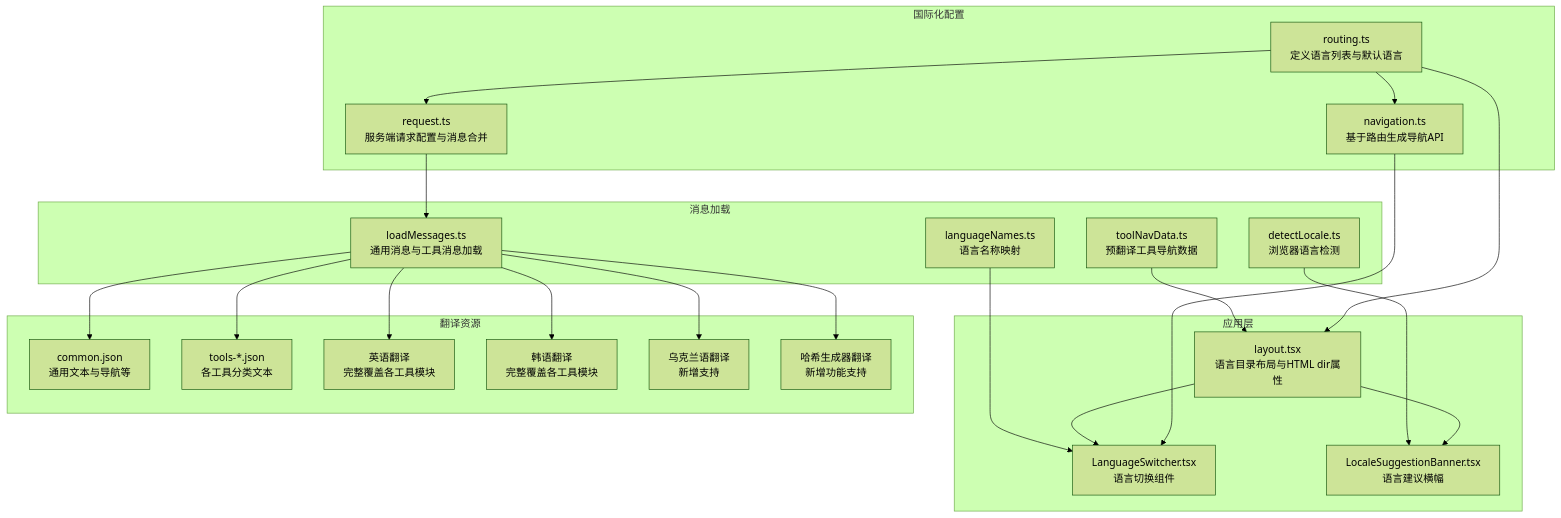
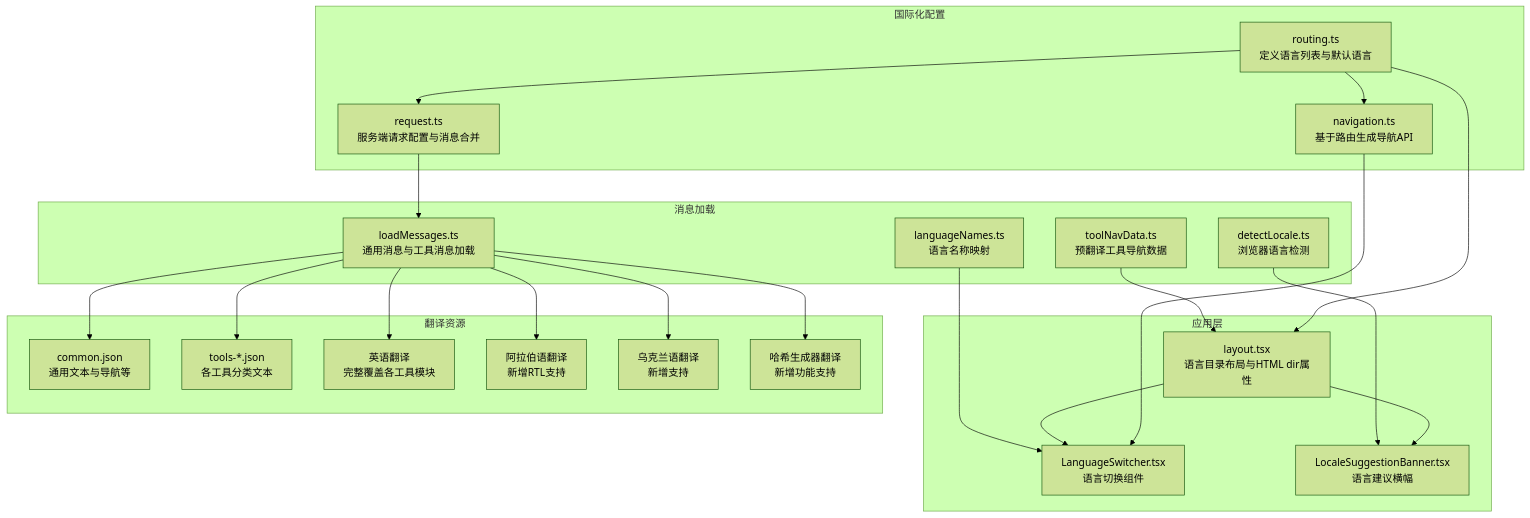
One commit to sgyy/privadeck changed the first of 9 diagrams in .qoder/repowiki/zh/content/国际化系统.md. Above: the diagram before and after it, drawn with Mermaid (forest theme). The commit also changed other lines of this file and 2 other files, not shown here.

````diff
--- a/.qoder/repowiki/zh/content/国际化系统.md
+++ b/.qoder/repowiki/zh/content/国际化系统.md
@@ -63,43 +66,43 @@
 ```mermaid
 graph TB
 subgraph "国际化配置"
 RT["routing.ts<br/>定义语言列表与默认语言"]
 NAV["navigation.ts<br/>基于路由生成导航API"]
 REQ["request.ts<br/>服务端请求配置与消息合并"]
 end
 subgraph "应用层"
 LAYOUT["layout.tsx<br/>语言目录布局与HTML dir属性"]
 SWITCH["LanguageSwitcher.tsx<br/>语言切换组件"]
 BANNER["LocaleSuggestionBanner.tsx<br/>语言建议横幅"]
 end
 subgraph "消息加载"
 LOAD["loadMessages.ts<br/>通用消息与工具消息加载"]
 TOOLNAV["toolNavData.ts<br/>预翻译工具导航数据"]
 DETECT["detectLocale.ts<br/>浏览器语言检测"]
 NAMES["languageNames.ts<br/>语言名称映射"]
 end
 subgraph "翻译资源"
 COMMON["common.json<br/>通用文本与导航等"]
 TOOLS["tools-*.json<br/>各工具分类文本"]
 EN["英语翻译<br/>完整覆盖各工具模块"]
-KO["韩语翻译<br/>完整覆盖各工具模块"]
+AR["阿拉伯语翻译<br/>新增RTL支持"]
 UK["乌克兰语翻译<br/>新增支持"]
 HASH["哈希生成器翻译<br/>新增功能支持"]
 end
 RT --> NAV
 RT --> REQ
 RT --> LAYOUT
 NAV --> SWITCH
 LAYOUT --> SWITCH
 LAYOUT --> BANNER
 REQ --> LOAD
 LOAD --> COMMON
 LOAD --> TOOLS
 LOAD --> EN
-LOAD --> KO
+LOAD --> AR
 LOAD --> UK
 LOAD --> HASH
 TOOLNAV --> LAYOUT
 DETECT --> BANNER
 NAMES --> SWITCH
 ```
````
